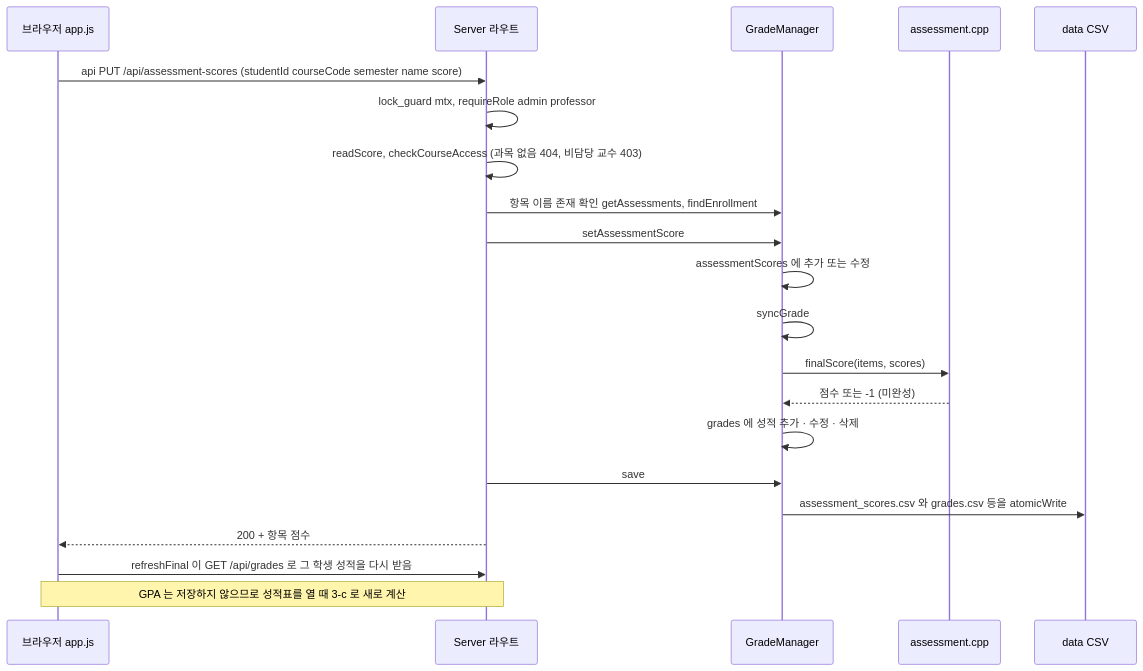
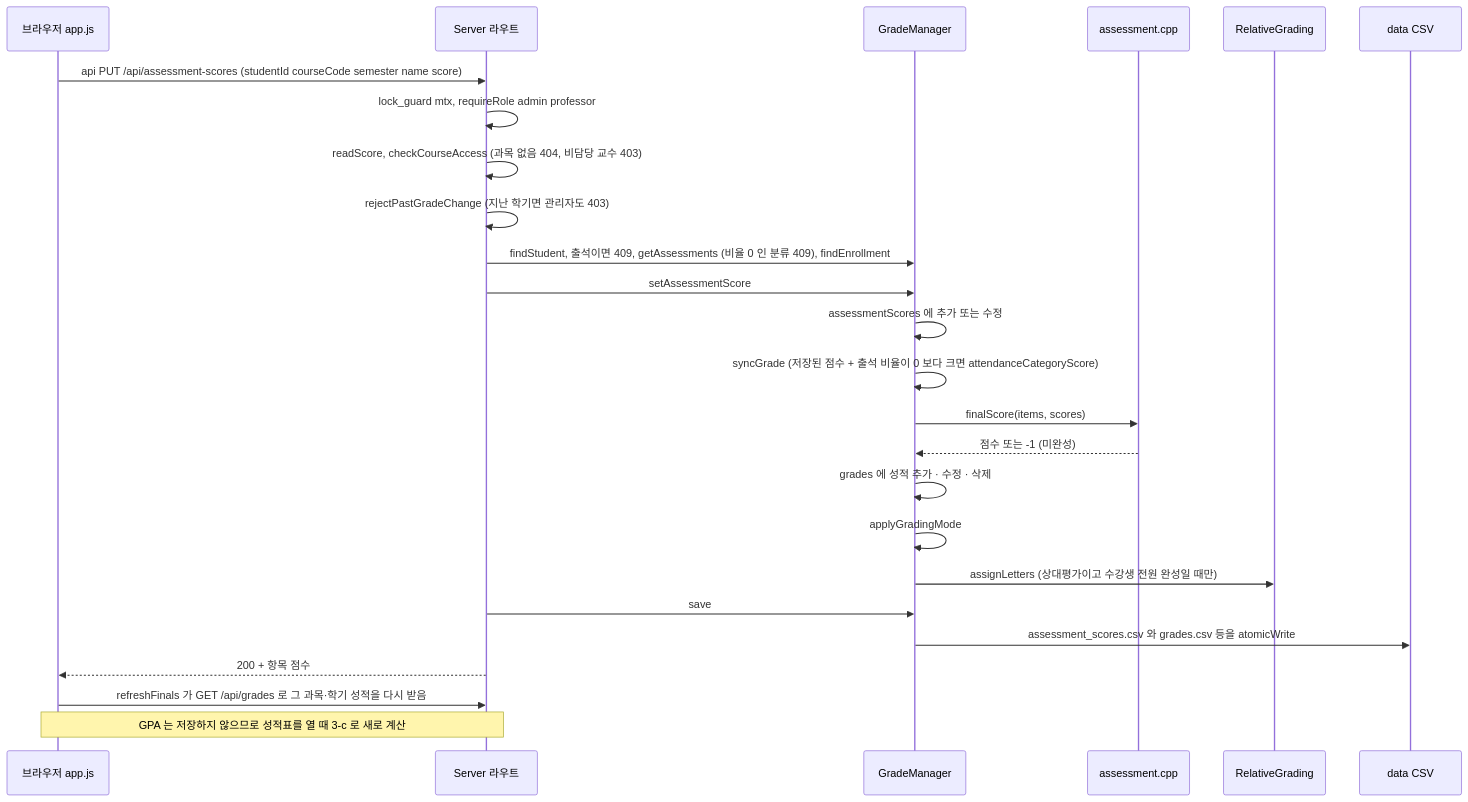
Before and after one commit to 2026ENDPoinT/team01: the third of 4 diagrams in docs/architecture.md, drawn with Mermaid. The commit also changed other lines of this file, not shown here.

````diff
--- a/docs/architecture.md
+++ b/docs/architecture.md
@@ -142,24 +161,28 @@
 ```mermaid
 sequenceDiagram
     participant B as 브라우저 app.js
     participant S as Server 라우트
     participant G as GradeManager
     participant A as assessment.cpp
+    participant R as RelativeGrading
     participant D as data CSV
 
     B->>S: api PUT /api/assessment-scores (studentId courseCode semester name score)
     S->>S: lock_guard mtx, requireRole admin professor
     S->>S: readScore, checkCourseAccess (과목 없음 404, 비담당 교수 403)
-    S->>G: 항목 이름 존재 확인 getAssessments, findEnrollment
+    S->>S: rejectPastGradeChange (지난 학기면 관리자도 403)
+    S->>G: findStudent, 출석이면 409, getAssessments (비율 0 인 분류 409), findEnrollment
     S->>G: setAssessmentScore
     G->>G: assessmentScores 에 추가 또는 수정
-    G->>G: syncGrade
+    G->>G: syncGrade (저장된 점수 + 출석 비율이 0 보다 크면 attendanceCategoryScore)
     G->>A: finalScore(items, scores)
     A-->>G: 점수 또는 -1 (미완성)
     G->>G: grades 에 성적 추가 · 수정 · 삭제
+    G->>G: applyGradingMode
+    G->>R: assignLetters (상대평가이고 수강생 전원 완성일 때만)
     S->>G: save
     G->>D: assessment_scores.csv 와 grades.csv 등을 atomicWrite
     S-->>B: 200 + 항목 점수
-    B->>S: refreshFinal 이 GET /api/grades 로 그 학생 성적을 다시 받음
+    B->>S: refreshFinals 가 GET /api/grades 로 그 과목·학기 성적을 다시 받음
     Note over B,S: GPA 는 저장하지 않으므로 성적표를 열 때 3-c 로 새로 계산
 ```
````
